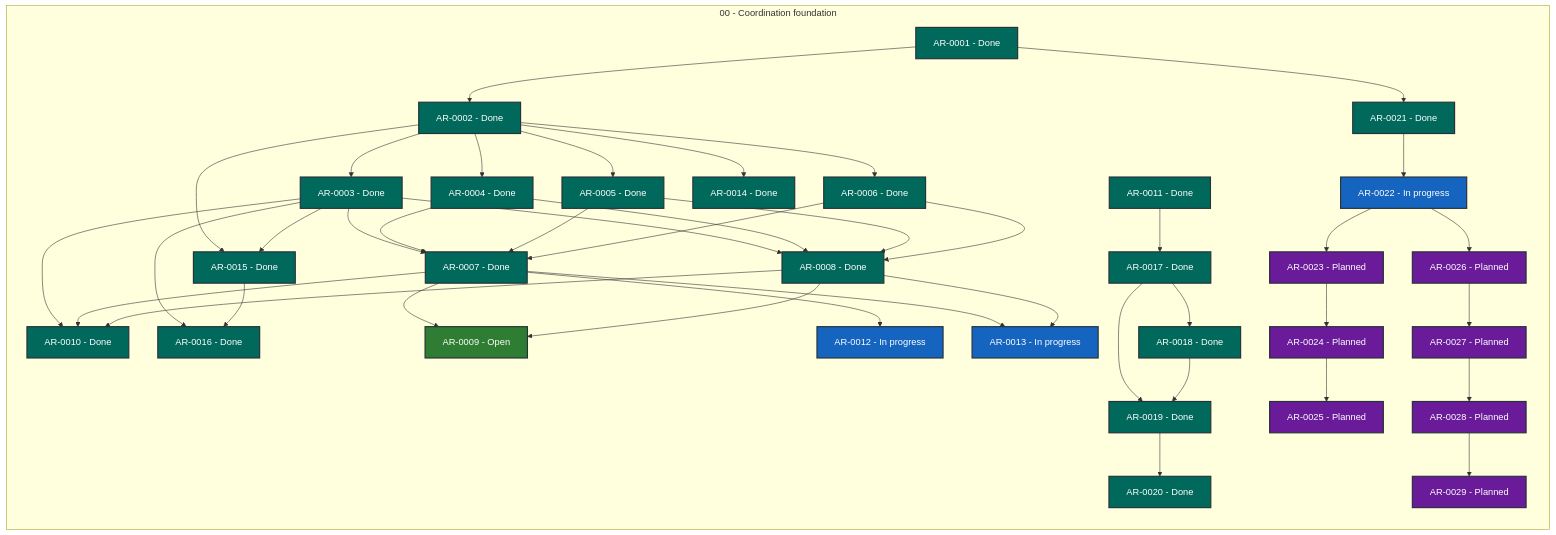
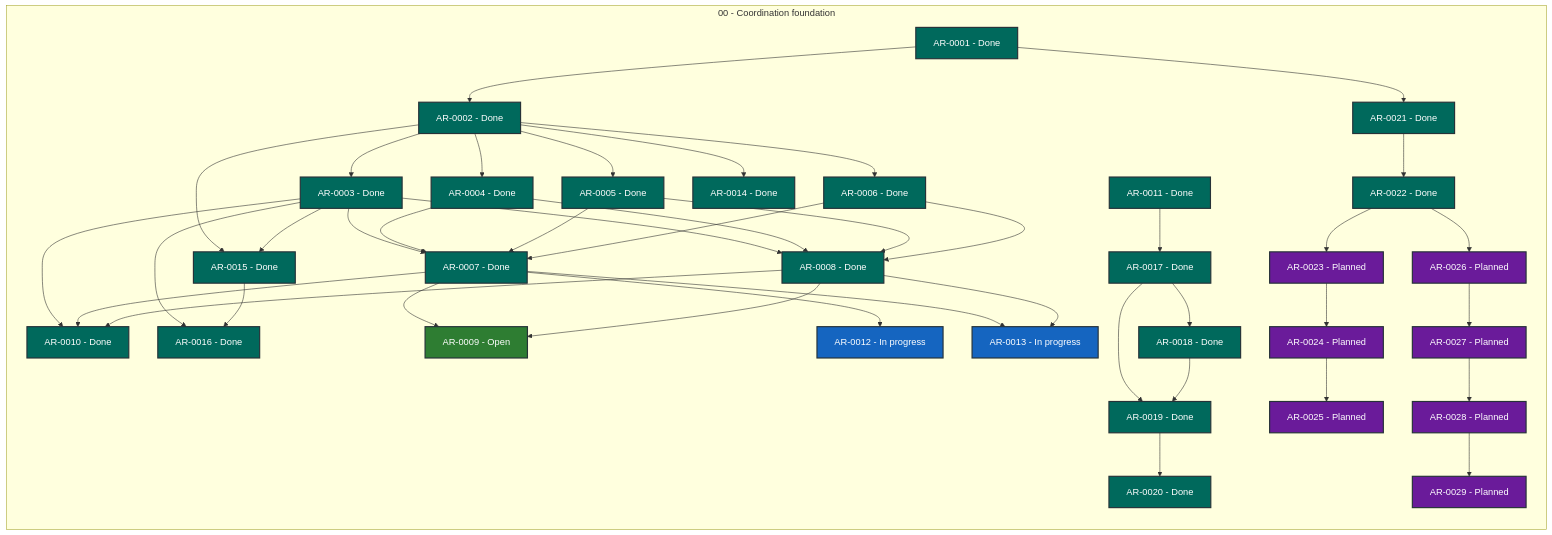
One commit to martin-beck/agent-workflow-coordinator-state changed the diagram in STATUS.md. Above: the diagram before and after it, drawn with Mermaid. The commit also changed other lines of this file and 2 other files, not shown here.

```diff
--- a/STATUS.md
+++ b/STATUS.md
@@ -49,7 +49,7 @@
         AR_0019["AR-0019 - Done"]:::status_done
         AR_0020["AR-0020 - Done"]:::status_done
         AR_0021["AR-0021 - Done"]:::status_done
-        AR_0022["AR-0022 - In progress"]:::status_in_progress
+        AR_0022["AR-0022 - Done"]:::status_done
         AR_0023["AR-0023 - Planned"]:::status_planned
         AR_0024["AR-0024 - Planned"]:::status_planned
         AR_0025["AR-0025 - Planned"]:::status_planned
```
